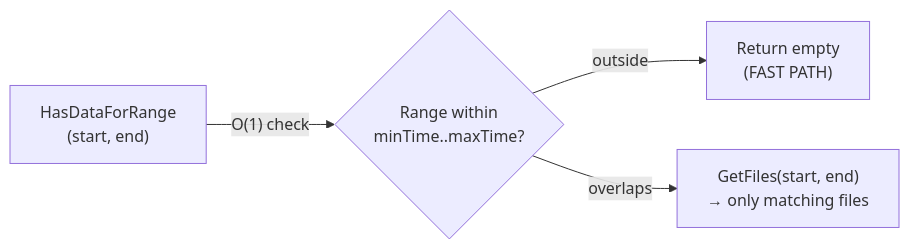
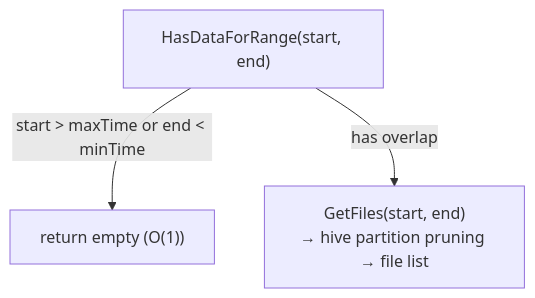
Before and after one commit to ReliablyObserve/victoria-lakehouse: the seventh of 7 diagrams in docs/architecture.md, drawn with Mermaid. The commit also changed other lines of this file and 41 other files, not shown here.

````diff
--- a/docs/architecture.md
+++ b/docs/architecture.md
@@ -270,6 +185,5 @@
 ```mermaid
-flowchart LR
-    Q["HasDataForRange<br/>(start, end)"] -->|"O(1) check"| D{"Range within<br/>minTime..maxTime?"}
-    D -->|outside| EMPTY["Return empty<br/>(FAST PATH)"]
-    D -->|overlaps| FILES["GetFiles(start, end)<br/>→ only matching files"]
+flowchart TD
+    A["HasDataForRange(start, end)"] -->|"start > maxTime or end < minTime"| B["return empty (O(1))"]
+    A -->|has overlap| C["GetFiles(start, end)\n→ hive partition pruning → file list"]
 ```
````
